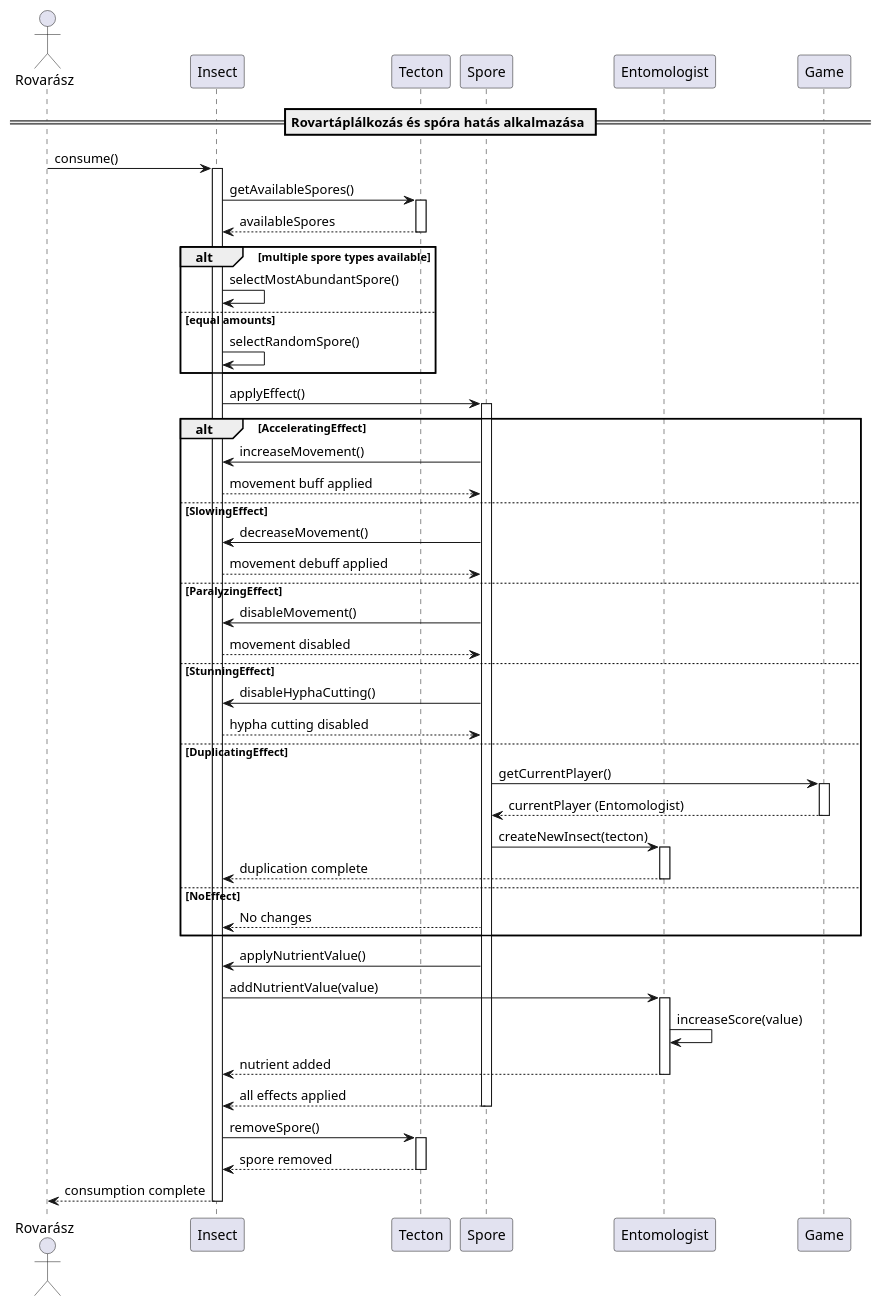
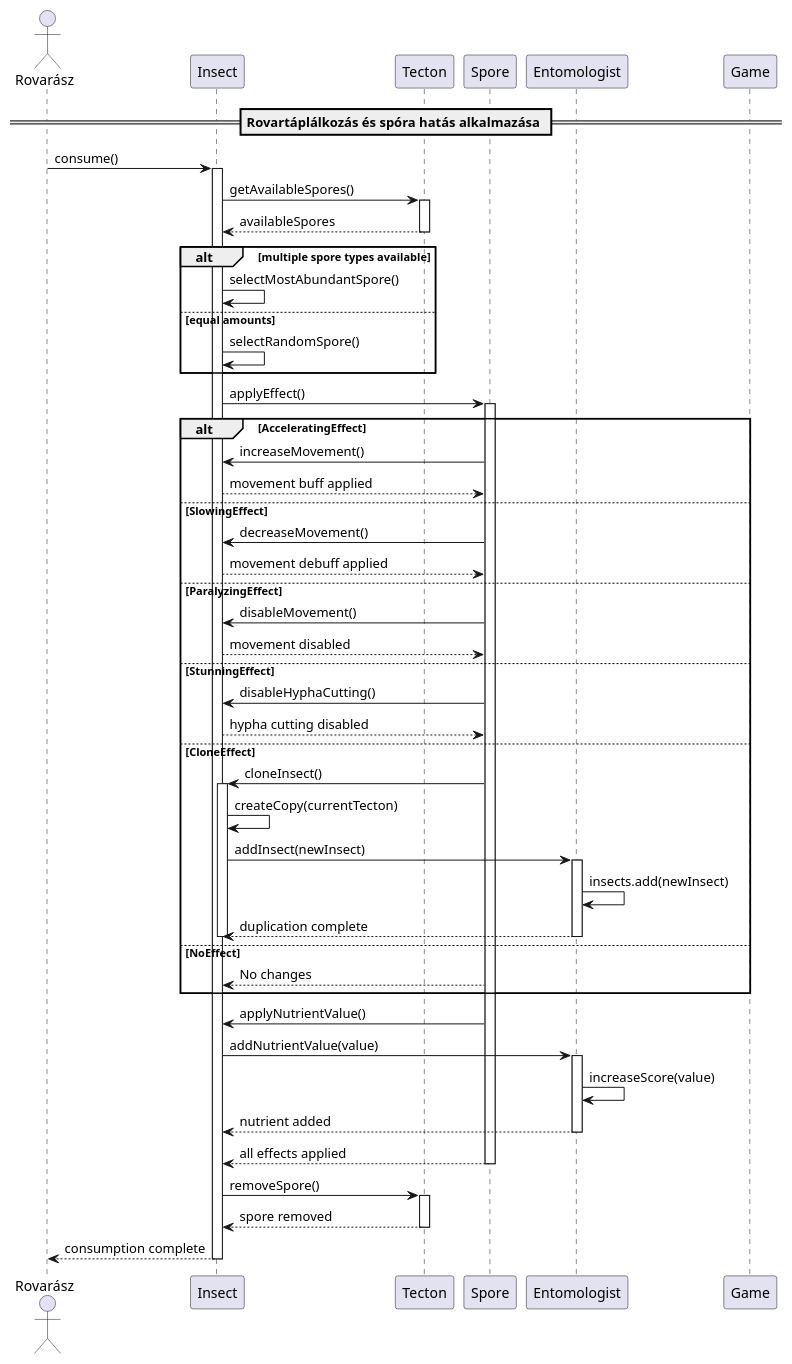
Before and after one commit to hujberhunor/SzomiSztegoProjlab: the diagram in docs/Sequence/Spora-effect.plantuml, drawn with PlantUML. The commit also changed 1 other file, not shown here.

Commit message:
Spora-effect és Turn-kezelés módosítása

```diff
--- a/docs/Sequence/Spora-effect.plantuml
+++ b/docs/Sequence/Spora-effect.plantuml
@@ -1,75 +1,73 @@
 @startuml
 
 == Rovartáplálkozás és spóra hatás alkalmazása ==
 actor Rovarász
 participant Insect
 participant Tecton
 participant Spore
 participant Entomologist
 participant Game
 
 Rovarász -> Insect: consume()
 activate Insect
 
 Insect -> Tecton: getAvailableSpores()
 activate Tecton
 Tecton --> Insect: availableSpores
 deactivate Tecton
 
 alt multiple spore types available
     Insect -> Insect: selectMostAbundantSpore()
 else equal amounts
     Insect -> Insect: selectRandomSpore()
 end
 
 Insect -> Spore: applyEffect()
 activate Spore
 
 alt AcceleratingEffect
     Spore -> Insect: increaseMovement()
     Insect --> Spore: movement buff applied
 else SlowingEffect
     Spore -> Insect: decreaseMovement()
     Insect --> Spore: movement debuff applied
 else ParalyzingEffect
     Spore -> Insect: disableMovement()
     Insect --> Spore: movement disabled
 else StunningEffect
     Spore -> Insect: disableHyphaCutting()
     Insect --> Spore: hypha cutting disabled
-else DuplicatingEffect
-    Spore -> Game: getCurrentPlayer()
-    activate Game
-    Game --> Spore: currentPlayer (Entomologist)
-    deactivate Game
-    
-    Spore -> Entomologist: createNewInsect(tecton)
+else CloneEffect
+    Spore -> Insect: cloneInsect()
+    activate Insect
+    Insect -> Insect: createCopy(currentTecton)
+    Insect -> Entomologist: addInsect(newInsect)
     activate Entomologist
+    Entomologist -> Entomologist: insects.add(newInsect)
     Entomologist --> Insect: duplication complete
-    deactivate Entomologist  
-        
-    
+    deactivate Entomologist
+    deactivate Insect
 else NoEffect
     Spore --> Insect: No changes
 end
 
 Spore -> Insect: applyNutrientValue()
 Insect -> Entomologist: addNutrientValue(value)
 activate Entomologist
 Entomologist -> Entomologist: increaseScore(value)
 Entomologist --> Insect: nutrient added
 deactivate Entomologist
 
 Spore --> Insect: all effects applied
 deactivate Spore
 
 Insect -> Tecton: removeSpore()
 activate Tecton
 Tecton --> Insect: spore removed
 deactivate Tecton
 
 Insect --> Rovarász: consumption complete
 
 deactivate Insect
 
 @enduml
```
